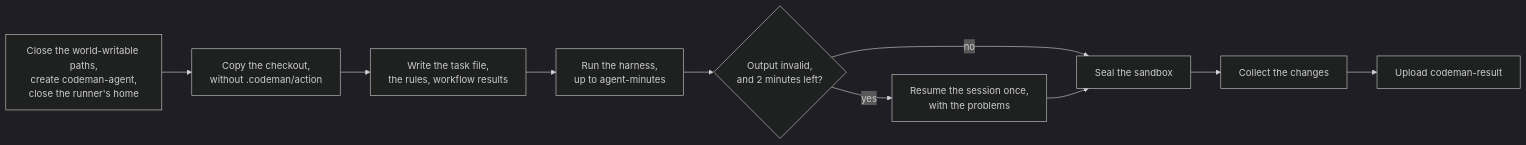
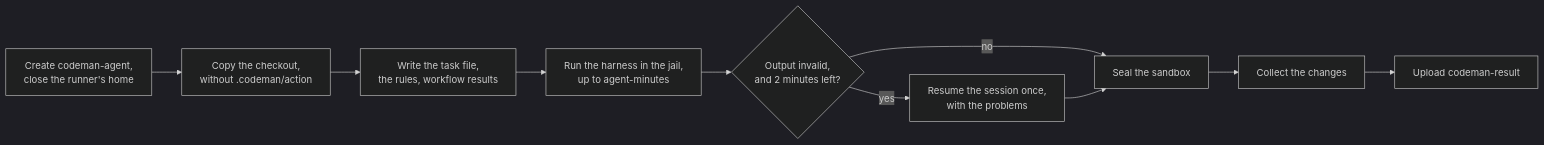
Before and after one commit to codenergy-dev/codeman: the first of 2 diagrams in docs/runs/agent.md, drawn with Mermaid (dark theme). The commit also changed other lines of this file and 12 other files, not shown here.

First line of the commit message:
Jail the agent in a read-only mount namespace

````diff
--- a/docs/runs/agent.md
+++ b/docs/runs/agent.md
@@ -21,12 +21,12 @@
 ```mermaid
 flowchart LR
-  user["Close the world-writable paths,<br/>create codeman-agent,<br/>close the runner's home"] --> copy["Copy the checkout,<br/>without .codeman/action"]
+  user["Create codeman-agent,<br/>close the runner's home"] --> copy["Copy the checkout,<br/>without .codeman/action"]
   copy --> files["Write the task file,<br/>the rules, workflow results"]
-  files --> run["Run the harness,<br/>up to agent-minutes"]
+  files --> run["Run the harness in the jail,<br/>up to agent-minutes"]
   run --> check{"Output invalid,<br/>and 2 minutes left?"}
   check -->|yes| fix["Resume the session once,<br/>with the problems"]
   check -->|no| seal["Seal the sandbox"]
   fix --> seal
   seal --> collect["Collect the changes"]
   collect --> upload["Upload codeman-result"]
 ```
````
